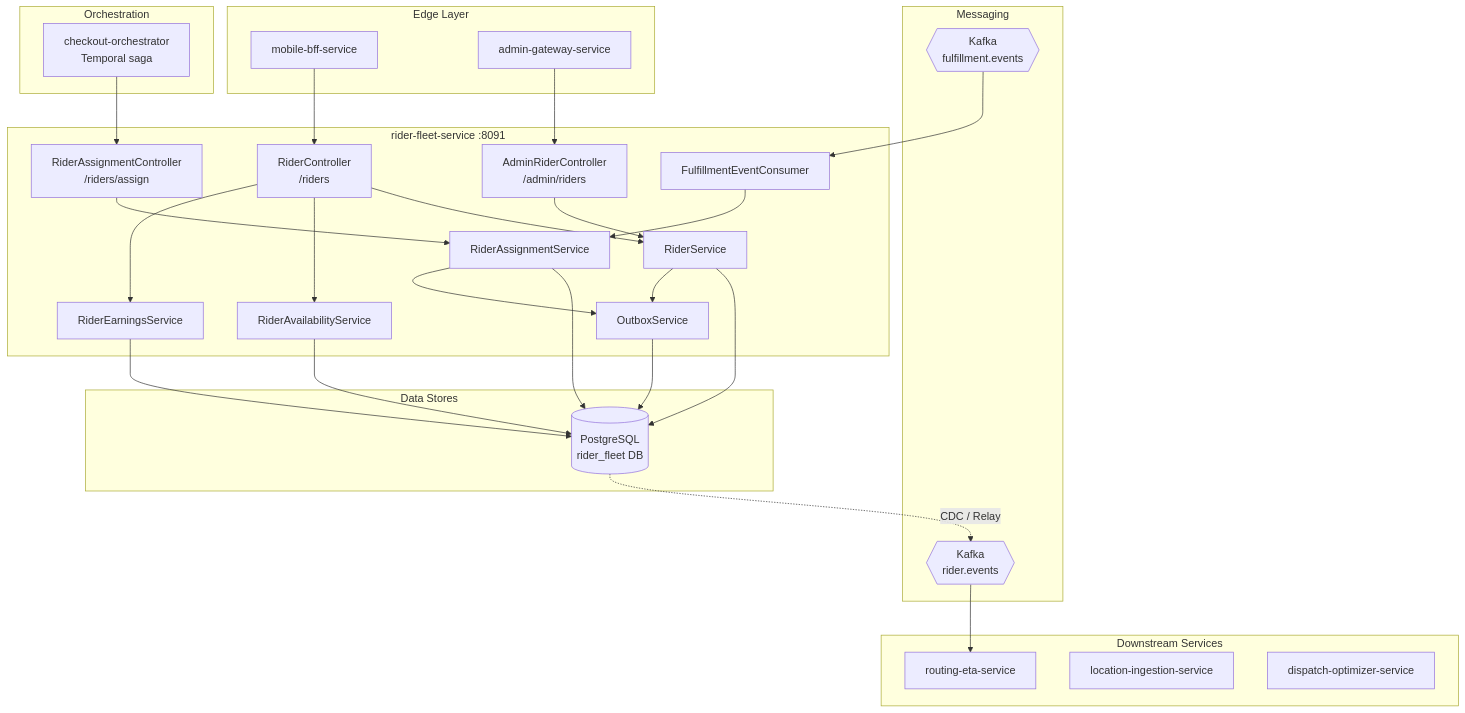
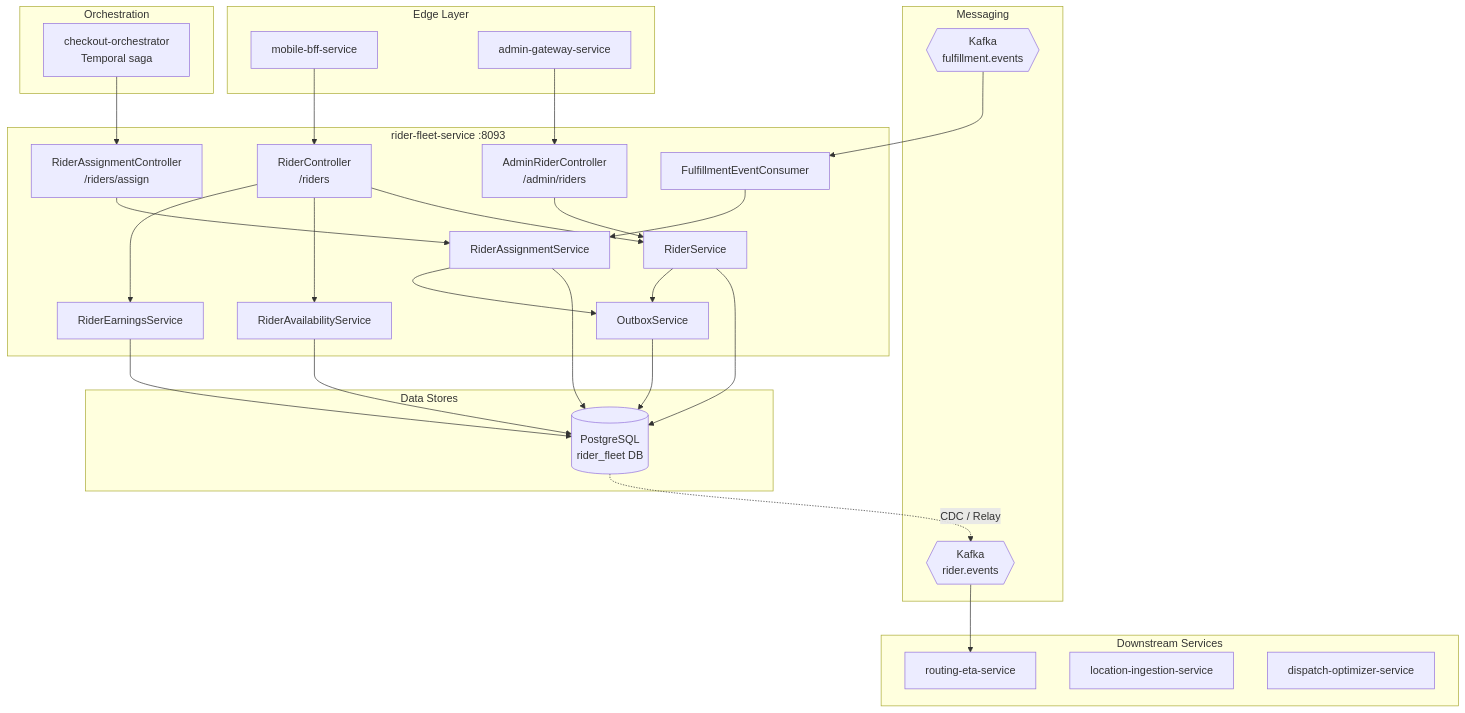
One commit to sunitakeazycommerz-a11y/InstaCommerce changed the first of 5 diagrams in services/rider-fleet-service/README.md. Above: the diagram before and after it, drawn with Mermaid. The commit also changed other lines of this file and 77 other files, not shown here.

First line of the commit message:
docs: reconcile monorepo architecture, services and runbooks with codebase truth

````diff
--- a/services/rider-fleet-service/README.md
+++ b/services/rider-fleet-service/README.md
@@ -79,61 +79,61 @@
 ```mermaid
 graph TB
     subgraph "Edge Layer"
         MBFF[mobile-bff-service]
         AGW[admin-gateway-service]
     end
 
     subgraph "Orchestration"
         CO[checkout-orchestrator<br/>Temporal saga]
     end
 
-    subgraph "rider-fleet-service :8091"
+    subgraph "rider-fleet-service :8093"
         RC[RiderController<br/>/riders]
         ARC[AdminRiderController<br/>/admin/riders]
         RAC[RiderAssignmentController<br/>/riders/assign]
         RS[RiderService]
         RAS[RiderAssignmentService]
         RAVS[RiderAvailabilityService]
         RES[RiderEarningsService]
         OBS[OutboxService]
         FEC[FulfillmentEventConsumer]
     end
 
     subgraph "Data Stores"
         PG[(PostgreSQL<br/>rider_fleet DB)]
     end
 
     subgraph "Messaging"
         KF_IN{{Kafka<br/>fulfillment.events}}
         KF_OUT{{Kafka<br/>rider.events}}
     end
 
     subgraph "Downstream Services"
         RES_SVC[routing-eta-service]
         LIS[location-ingestion-service]
         DOS[dispatch-optimizer-service]
     end
 
     MBFF --> RC
     AGW --> ARC
     CO --> RAC
 
     RC --> RS
     RC --> RAVS
     RC --> RES
     ARC --> RS
     RAC --> RAS
 
     RS --> PG
     RAS --> PG
     RAVS --> PG
     RES --> PG
     RS --> OBS
     RAS --> OBS
     OBS --> PG
 
     PG -.->|CDC / Relay| KF_OUT
     KF_IN --> FEC
     FEC --> RAS
     KF_OUT --> RES_SVC
 ```
````
